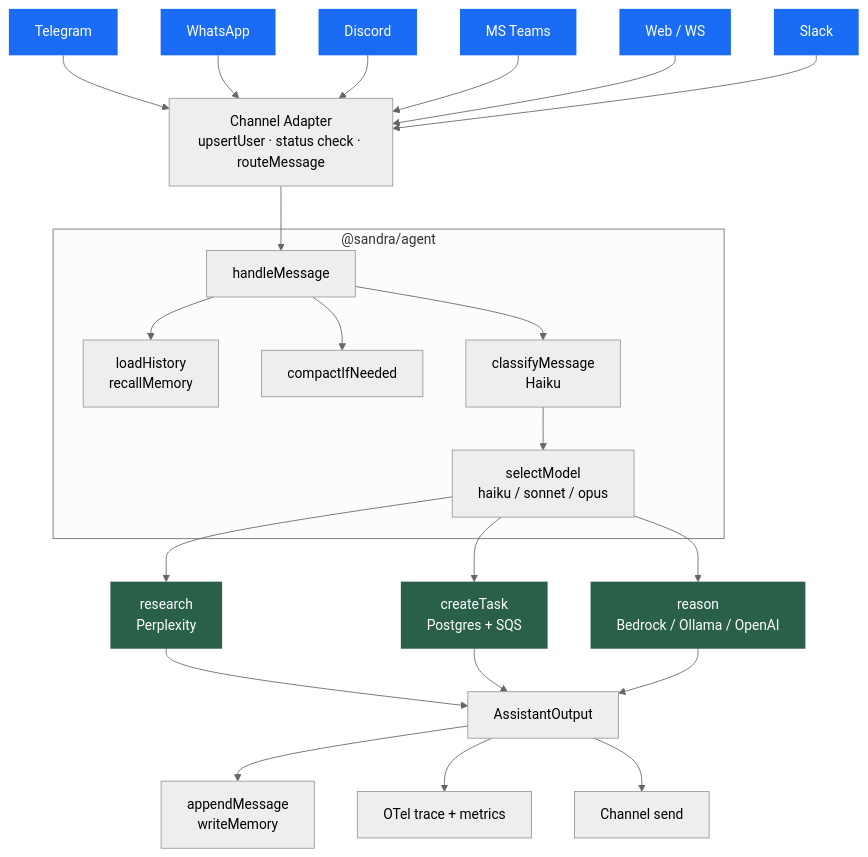
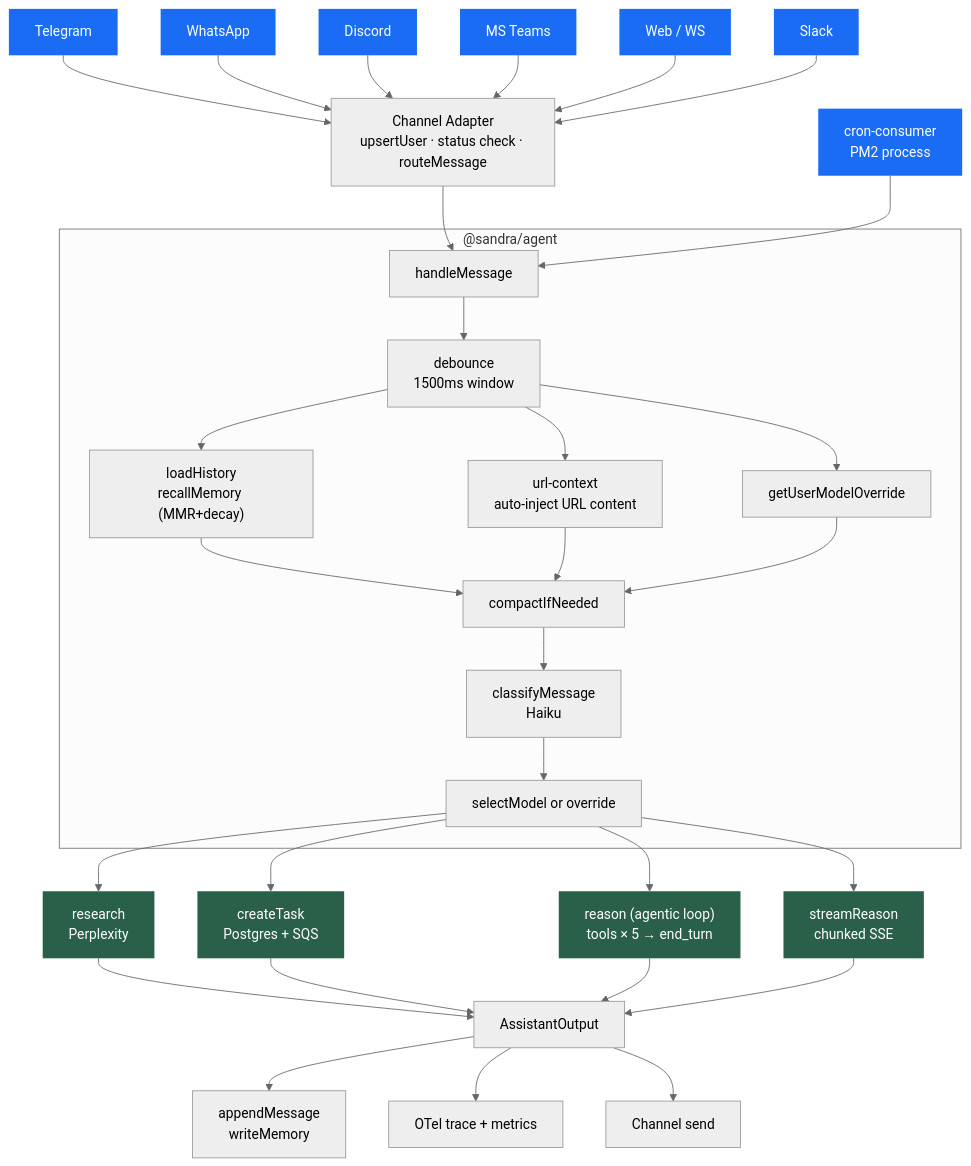
Before and after one commit to swaroop325/SandraCore: the first of 2 diagrams in README.md, drawn with Mermaid (neutral theme). The commit also changed other lines of this file and 119 other files, not shown here.

````diff
--- a/README.md
+++ b/README.md
@@ -64,33 +64,39 @@
 ```mermaid
 flowchart TD
     TG[Telegram]:::channel
     WA[WhatsApp]:::channel
     DC[Discord]:::channel
     MS[MS Teams]:::channel
     WB[Web / WS]:::channel
     SL[Slack]:::channel
 
     TG & WA & DC & MS & WB & SL --> ADPT[Channel Adapter\nupsertUser · status check · routeMessage]
 
     ADPT --> HM[handleMessage]
 
     subgraph agent["@sandra/agent"]
-        HM --> MEM["loadHistory\nrecallMemory"]
-        HM --> CMP[compactIfNeeded]
-        HM --> CLS[classifyMessage\nHaiku]
-        CLS --> SEL[selectModel\nhaiku / sonnet / opus]
+        HM --> DBC[debounce\n1500ms window]
+        DBC --> MEM["loadHistory\nrecallMemory (MMR+decay)"]
+        DBC --> URL[url-context\nauto-inject URL content]
+        DBC --> MOV[getUserModelOverride]
+        MEM & URL & MOV --> CMP[compactIfNeeded]
+        CMP --> CLS[classifyMessage\nHaiku]
+        CLS --> SEL[selectModel or override]
     end
 
     SEL --> RES[research\nPerplexity]:::tool
     SEL --> TSK[createTask\nPostgres + SQS]:::tool
-    SEL --> RSN[reason\nBedrock / Ollama / OpenAI]:::tool
+    SEL --> RSN["reason (agentic loop)\ntools × 5 → end_turn"]:::tool
+    SEL --> STR[streamReason\nchunked SSE]:::tool
 
-    RES & TSK & RSN --> OUT[AssistantOutput]
+    RES & TSK & RSN & STR --> OUT[AssistantOutput]
 
     OUT --> WRITE["appendMessage\nwriteMemory"]
     OUT --> OTEL[OTel trace + metrics]
     OUT --> ADPT2[Channel send]
 
+    CRON[cron-consumer\nPM2 process]:::channel --> HM
+
     classDef channel fill:#1a6cf5,color:#fff,stroke:none
     classDef tool fill:#2a6049,color:#fff,stroke:none
 ```
````
